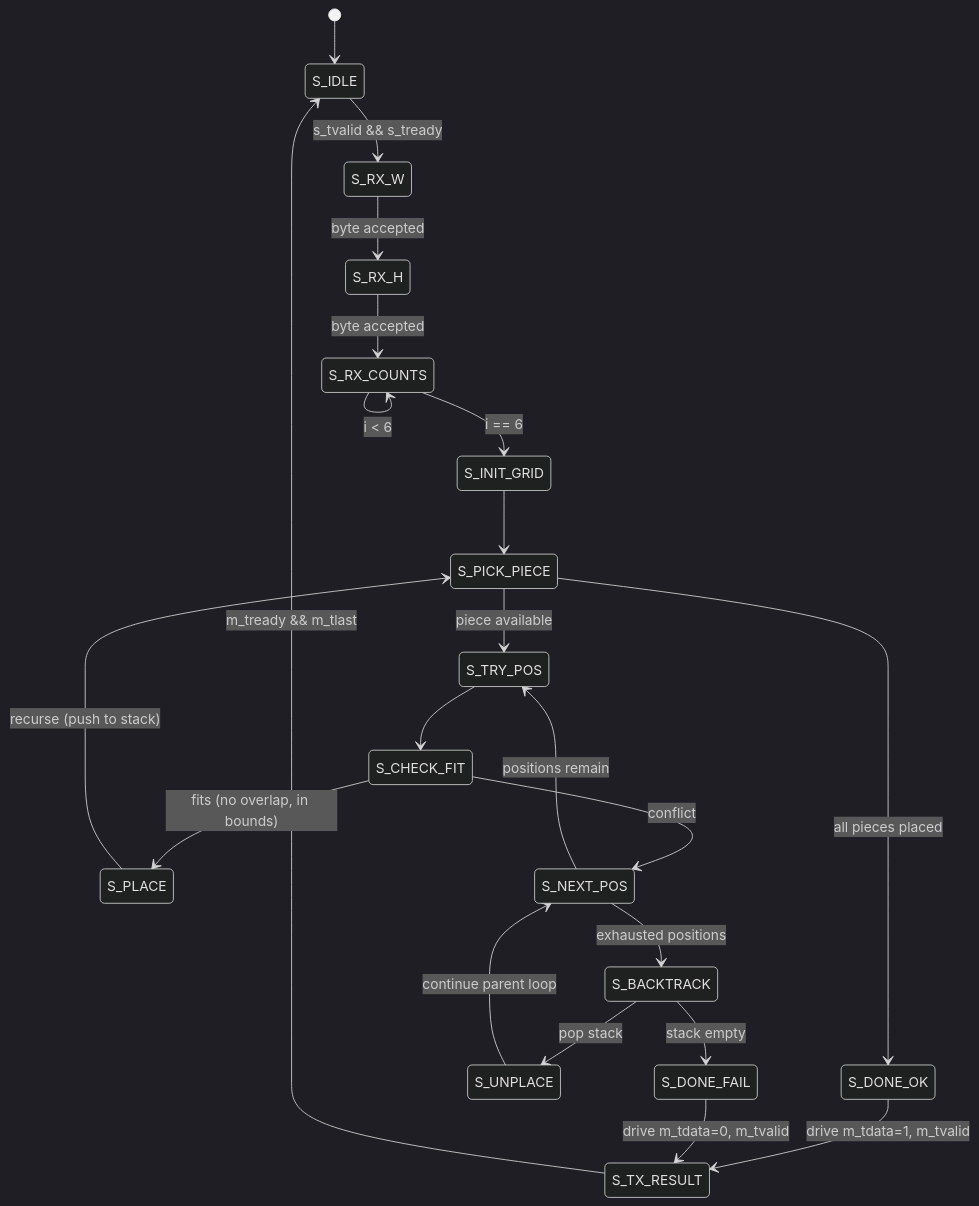
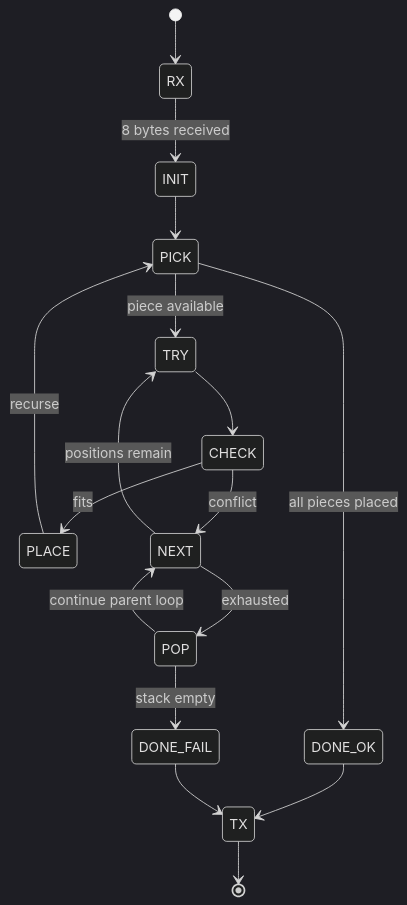
Before and after one commit to s99048100-code/sky130-aoc-day12-backend: the diagram in README.md, drawn with Mermaid (dark theme). The commit also changed other lines of this file, not shown here.

````diff
--- a/README.md
+++ b/README.md
@@ -53,28 +33,19 @@
 ```mermaid
 stateDiagram-v2
-    [*] --> S_IDLE
-    S_IDLE --> S_RX_W      : s_tvalid && s_tready
-    S_RX_W --> S_RX_H      : byte accepted
-    S_RX_H --> S_RX_COUNTS : byte accepted
-    S_RX_COUNTS --> S_RX_COUNTS : i < 6
-    S_RX_COUNTS --> S_INIT_GRID : i == 6
-
-    S_INIT_GRID --> S_PICK_PIECE
-    S_PICK_PIECE --> S_DONE_OK    : all pieces placed
-    S_PICK_PIECE --> S_TRY_POS    : piece available
-
-    S_TRY_POS --> S_CHECK_FIT
-    S_CHECK_FIT --> S_PLACE       : fits (no overlap, in bounds)
-    S_CHECK_FIT --> S_NEXT_POS    : conflict
-    S_PLACE --> S_PICK_PIECE      : recurse (push to stack)
-
-    S_NEXT_POS --> S_TRY_POS      : positions remain
-    S_NEXT_POS --> S_BACKTRACK    : exhausted positions
-    S_BACKTRACK --> S_UNPLACE     : pop stack
-    S_UNPLACE --> S_NEXT_POS      : continue parent loop
-    S_BACKTRACK --> S_DONE_FAIL   : stack empty
-
-    S_DONE_OK   --> S_TX_RESULT : drive m_tdata=1, m_tvalid
-    S_DONE_FAIL --> S_TX_RESULT : drive m_tdata=0, m_tvalid
-    S_TX_RESULT --> S_IDLE      : m_tready && m_tlast
+    [*] --> RX
+    RX --> INIT       : 8 bytes received
+    INIT --> PICK
+    PICK --> DONE_OK  : all pieces placed
+    PICK --> TRY      : piece available
+    TRY --> CHECK
+    CHECK --> PLACE   : fits
+    CHECK --> NEXT    : conflict
+    PLACE --> PICK    : recurse
+    NEXT --> TRY      : positions remain
+    NEXT --> POP      : exhausted
+    POP --> NEXT      : continue parent loop
+    POP --> DONE_FAIL : stack empty
+    DONE_OK   --> TX
+    DONE_FAIL --> TX
+    TX --> [*]
 ```
````
